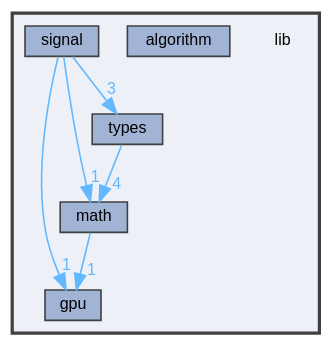
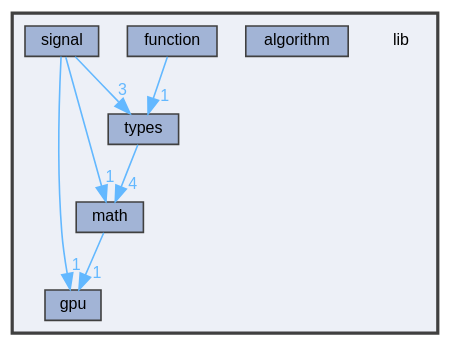
Before and after one commit to pawelekg95/algopp: the diagram in dir_97aefd0d527b934f1d99a682da8fe6a9_dep.dot, drawn with Graphviz. The commit also changed 114 other files, not shown here.

```diff
--- a/dir_97aefd0d527b934f1d99a682da8fe6a9_dep.dot
+++ b/dir_97aefd0d527b934f1d99a682da8fe6a9_dep.dot
@@ -1,22 +1,24 @@
 digraph "lib"
 {
  // LATEX_PDF_SIZE
   bgcolor="transparent";
   edge [fontname=Helvetica,fontsize=10,labelfontname=Helvetica,labelfontsize=10];
   node [fontname=Helvetica,fontsize=10,shape=box,height=0.2,width=0.4];
   compound=true
   subgraph clusterdir_97aefd0d527b934f1d99a682da8fe6a9 {
     graph [ bgcolor="#edf0f7", pencolor="grey25", label="", fontname=Helvetica,fontsize=10 style="filled,bold", URL="dir_97aefd0d527b934f1d99a682da8fe6a9.html",tooltip=""]
     dir_97aefd0d527b934f1d99a682da8fe6a9 [shape=plaintext, label="lib"];
   dir_f5dd86dbd9583e7b6fc3983d3949da68 [label="algorithm", fillcolor="#a2b4d6", color="grey25", style="filled", URL="dir_f5dd86dbd9583e7b6fc3983d3949da68.html",tooltip=""];
+  dir_3b39e246e957d89ef5380b11409e8380 [label="function", fillcolor="#a2b4d6", color="grey25", style="filled", URL="dir_3b39e246e957d89ef5380b11409e8380.html",tooltip=""];
   dir_b435b034dd8bd1dd5023912936717b85 [label="gpu", fillcolor="#a2b4d6", color="grey25", style="filled", URL="dir_b435b034dd8bd1dd5023912936717b85.html",tooltip=""];
   dir_a36354df93aef5eec904487b77fa4fab [label="math", fillcolor="#a2b4d6", color="grey25", style="filled", URL="dir_a36354df93aef5eec904487b77fa4fab.html",tooltip=""];
   dir_85595cb542db97c92303133db6d9ba0a [label="signal", fillcolor="#a2b4d6", color="grey25", style="filled", URL="dir_85595cb542db97c92303133db6d9ba0a.html",tooltip=""];
   dir_560694f03ee5bf1136d79e4f1ca1ca37 [label="types", fillcolor="#a2b4d6", color="grey25", style="filled", URL="dir_560694f03ee5bf1136d79e4f1ca1ca37.html",tooltip=""];
   }
-  dir_a36354df93aef5eec904487b77fa4fab->dir_b435b034dd8bd1dd5023912936717b85 [headlabel="1", labeldistance=1.5 headhref="dir_000015_000007.html" color="steelblue1" fontcolor="steelblue1"];
-  dir_85595cb542db97c92303133db6d9ba0a->dir_a36354df93aef5eec904487b77fa4fab [headlabel="1", labeldistance=1.5 headhref="dir_000017_000015.html" color="steelblue1" fontcolor="steelblue1"];
-  dir_85595cb542db97c92303133db6d9ba0a->dir_b435b034dd8bd1dd5023912936717b85 [headlabel="1", labeldistance=1.5 headhref="dir_000017_000007.html" color="steelblue1" fontcolor="steelblue1"];
-  dir_85595cb542db97c92303133db6d9ba0a->dir_560694f03ee5bf1136d79e4f1ca1ca37 [headlabel="3", labeldistance=1.5 headhref="dir_000017_000020.html" color="steelblue1" fontcolor="steelblue1"];
-  dir_560694f03ee5bf1136d79e4f1ca1ca37->dir_a36354df93aef5eec904487b77fa4fab [headlabel="4", labeldistance=1.5 headhref="dir_000020_000015.html" color="steelblue1" fontcolor="steelblue1"];
+  dir_3b39e246e957d89ef5380b11409e8380->dir_560694f03ee5bf1136d79e4f1ca1ca37 [headlabel="1", labeldistance=1.5 headhref="dir_000008_000024.html" color="steelblue1" fontcolor="steelblue1"];
+  dir_a36354df93aef5eec904487b77fa4fab->dir_b435b034dd8bd1dd5023912936717b85 [headlabel="1", labeldistance=1.5 headhref="dir_000019_000010.html" color="steelblue1" fontcolor="steelblue1"];
+  dir_85595cb542db97c92303133db6d9ba0a->dir_a36354df93aef5eec904487b77fa4fab [headlabel="1", labeldistance=1.5 headhref="dir_000021_000019.html" color="steelblue1" fontcolor="steelblue1"];
+  dir_85595cb542db97c92303133db6d9ba0a->dir_b435b034dd8bd1dd5023912936717b85 [headlabel="1", labeldistance=1.5 headhref="dir_000021_000010.html" color="steelblue1" fontcolor="steelblue1"];
+  dir_85595cb542db97c92303133db6d9ba0a->dir_560694f03ee5bf1136d79e4f1ca1ca37 [headlabel="3", labeldistance=1.5 headhref="dir_000021_000024.html" color="steelblue1" fontcolor="steelblue1"];
+  dir_560694f03ee5bf1136d79e4f1ca1ca37->dir_a36354df93aef5eec904487b77fa4fab [headlabel="4", labeldistance=1.5 headhref="dir_000024_000019.html" color="steelblue1" fontcolor="steelblue1"];
 }
```
